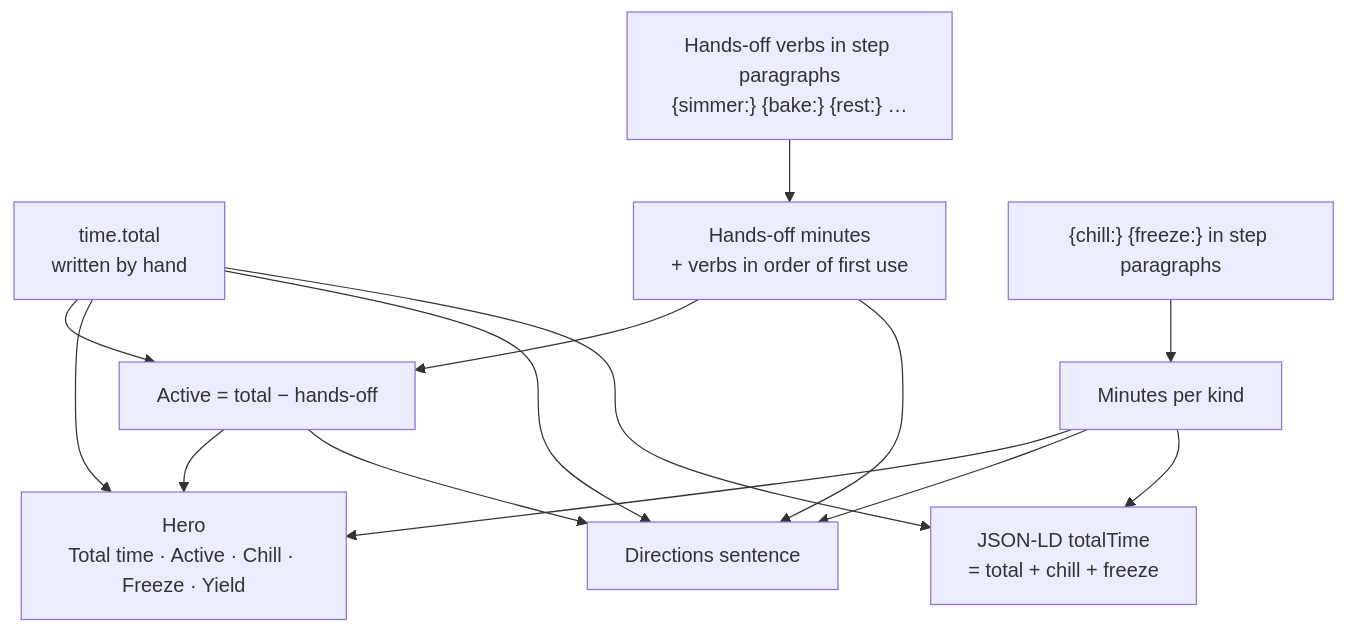
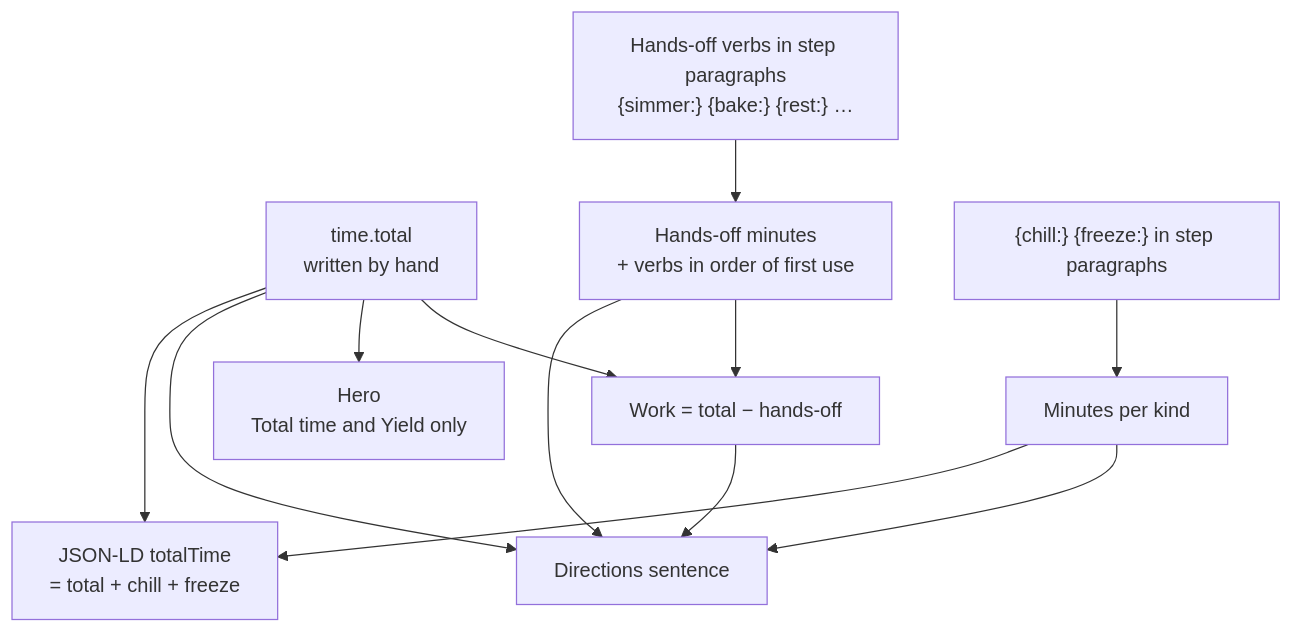
The third of 3 diagrams in docs/recipe-model.md (pschonfeld/soowee), drawn with Mermaid before and after one commit. The commit also changed other lines of this file and 8 other files, not shown here.

First line of the commit message:
Show only total time and yield in the recipe hero

````diff
--- a/docs/recipe-model.md
+++ b/docs/recipe-model.md
@@ -272,16 +272,14 @@
 ```mermaid
 flowchart TD
-  total["time.total<br/>written by hand"] --> active["Active = total − hands-off"]
+  total["time.total<br/>written by hand"] --> work["Work = total − hands-off"]
   off["Hands-off verbs in step paragraphs<br/>{simmer:} {bake:} {rest:} …"] --> handsoff["Hands-off minutes<br/>+ verbs in order of first use"]
-  handsoff --> active
+  handsoff --> work
   after["{chill:} {freeze:} in step paragraphs"] --> afterOut["Minutes per kind"]
-  active --> hero["Hero<br/>Total time · Active · Chill · Freeze · Yield"]
-  afterOut --> hero
-  total --> hero
+  total --> hero["Hero<br/>Total time and Yield only"]
   total --> sentence["Directions sentence"]
-  active --> sentence
+  work --> sentence
   handsoff --> sentence
   afterOut --> sentence
   total --> ld["JSON-LD totalTime<br/>= total + chill + freeze"]
   afterOut --> ld
 ```
````
